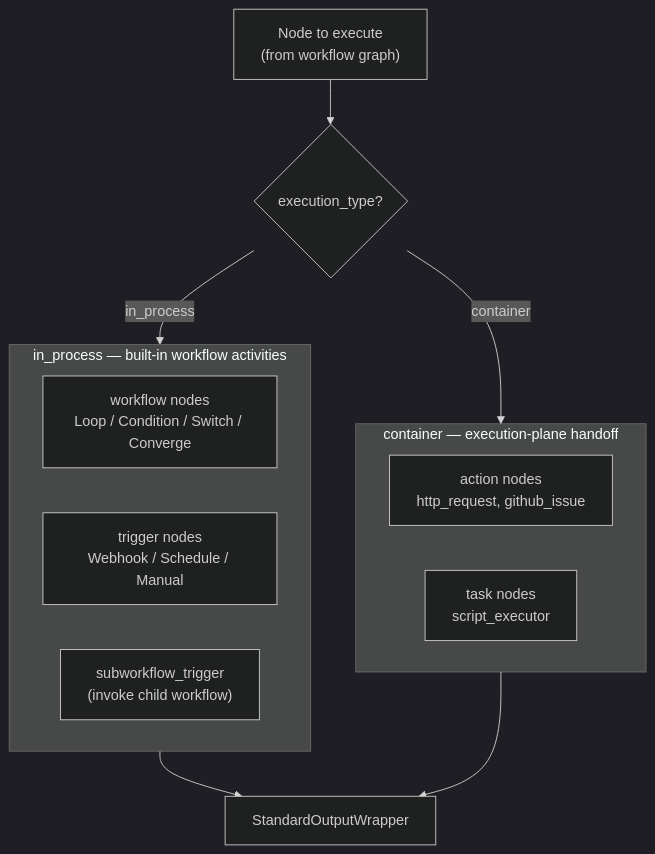
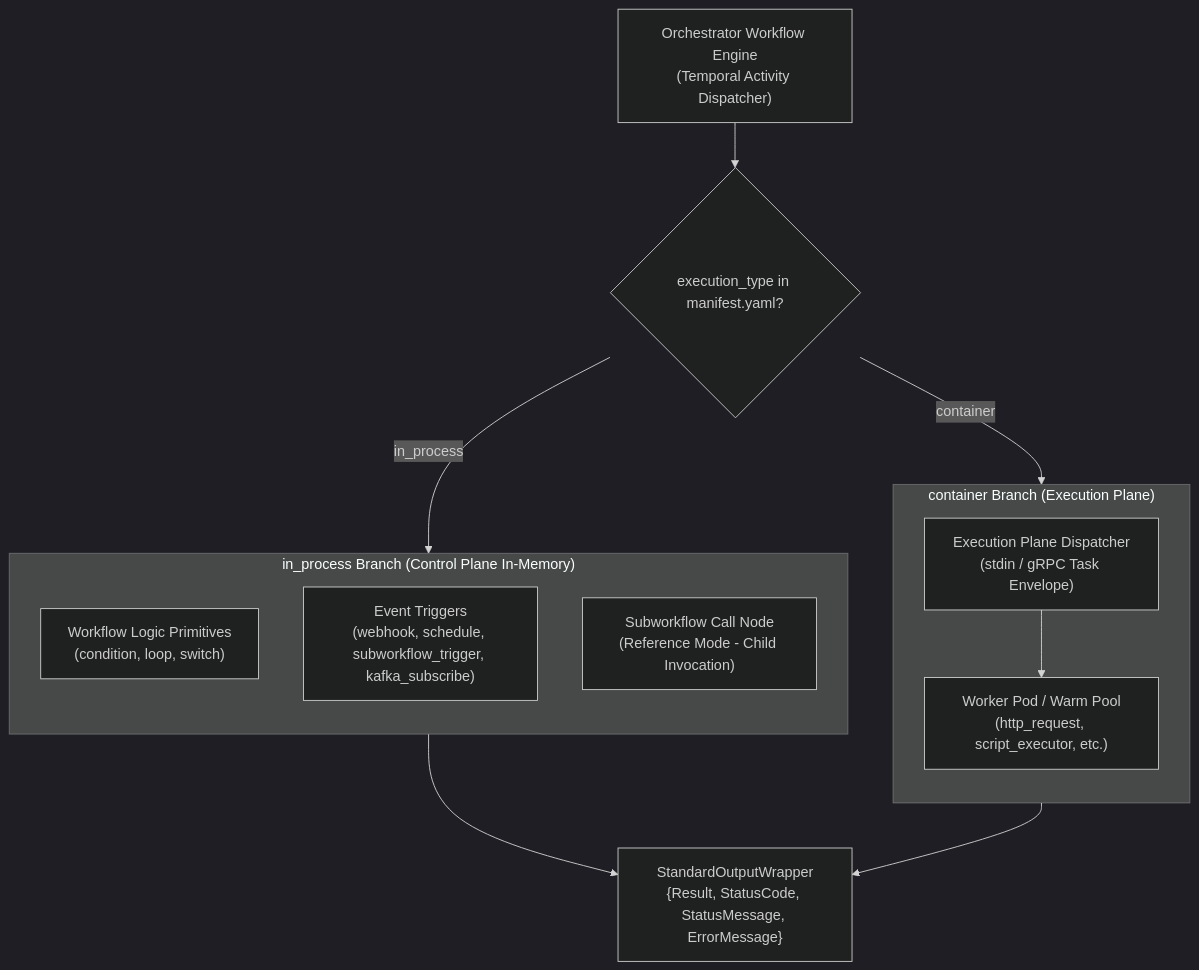
Before and after one commit to syntara-orchestration/syntara-node-sdk: the third of 7 diagrams in docs/architecture.md, drawn with Mermaid (dark theme). The commit also changed other lines of this file and 5 other files, not shown here.

Commit message:
docs: add control plane execution diagrams for nodes and refine credential spec

````diff
--- a/docs/architecture.md
+++ b/docs/architecture.md
@@ -328,22 +367,27 @@
 ```mermaid
 graph TB
-    NODE["Node to execute<br/>(from workflow graph)"]
-    FORK{"execution_type?"}
+    GRAPH["Orchestrator Workflow Engine<br />(Temporal Activity Dispatcher)"]
+    FORK{"execution_type in manifest.yaml?"}
 
-    subgraph INPROC["in_process — built-in workflow activities"]
-        WF["workflow nodes<br/>Loop / Condition / Switch / Converge"]
-        TRIG["trigger nodes<br/>Webhook / Schedule / Manual"]
-        SUBWF["subworkflow_trigger<br/>(invoke child workflow)"]
+    subgraph INPROC_BOX["in_process Branch (Control Plane In-Memory)"]
+        direction TB
+        CTRL["Workflow Logic Primitives<br />(condition, loop, switch)"]
+        TRIG_NODE["Event Triggers<br />(webhook, schedule, subworkflow_trigger, kafka_subscribe)"]
+        SUBWF_CALL["Subworkflow Call Node<br />(Reference Mode - Child Invocation)"]
     end
 
-    subgraph CONTAINER["container — execution-plane handoff"]
-        ACT["action nodes<br/>http_request, github_issue"]
-        TASK["task nodes<br/>script_executor"]
+    subgraph CONTAINER_BOX["container Branch (Execution Plane)"]
+        direction TB
+        EXEC_DISPATCH["Execution Plane Dispatcher<br />(stdin / gRPC Task Envelope)"]
+        WORKER_POD["Worker Pod / Warm Pool<br />(http_request, script_executor, etc.)"]
     end
 
-    NODE --> FORK
-    FORK -->|in_process| INPROC
-    FORK -->|container| CONTAINER
-    INPROC --> RESULT["StandardOutputWrapper"]
-    CONTAINER --> RESULT
+    RESULT["StandardOutputWrapper<br />{Result, StatusCode, StatusMessage, ErrorMessage}"]
+
+    GRAPH --> FORK
+    FORK -->|in_process| INPROC_BOX
+    FORK -->|container| CONTAINER_BOX
+
+    INPROC_BOX --> RESULT
+    EXEC_DISPATCH --> WORKER_POD --> RESULT
 ```
````
